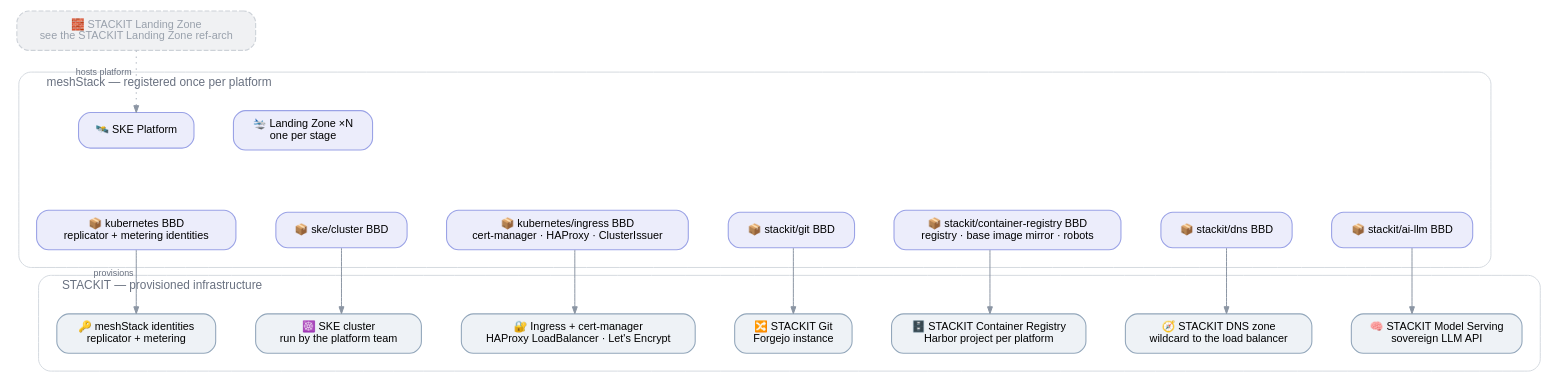
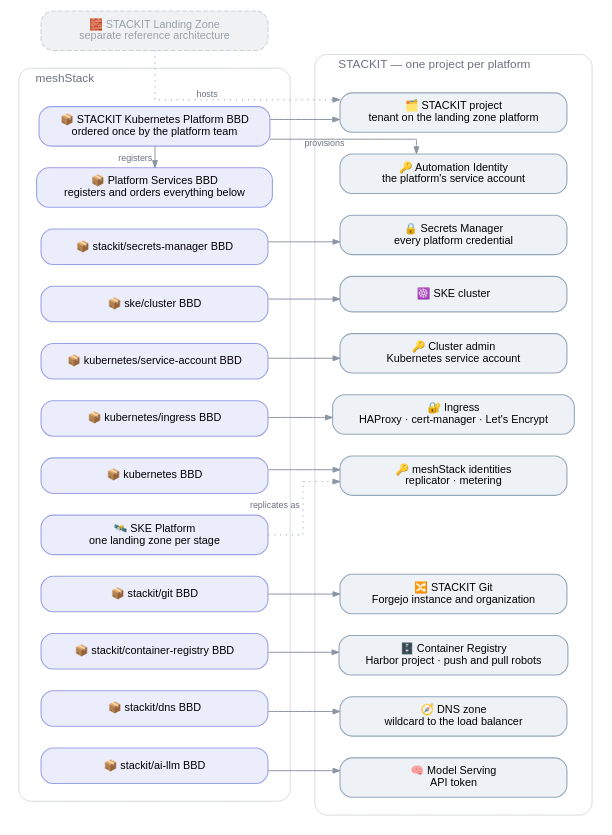
One commit to meshcloud/meshstack-hub changed the diagram in reference-architectures/stackit-kubernetes/stackit-kubernetes.dot. Above: the diagram before and after it, drawn with Graphviz. The commit also changed 41 other files, not shown here.

```diff
--- a/reference-architectures/stackit-kubernetes/stackit-kubernetes.dot
+++ b/reference-architectures/stackit-kubernetes/stackit-kubernetes.dot
@@ -1,76 +1,86 @@
 /*
- * STACKIT Kubernetes (SKE) reference architecture — platform-team view.
- * The one-time bootstrap: what a platform engineer orders once, and the STACKIT infrastructure it
- * provisions. The per-application-team view is stackit-kubernetes-app-team.dot; the internal
- * building-block/federation wiring is stackit-kubernetes-building-blocks.dot.
+ * STACKIT Kubernetes (SKE) reference architecture — platform-team view: the definitions the platform
+ * registers and what each provisions. The per-application-team view is
+ * stackit-kubernetes-app-team.dot; the building block tree is stackit-kubernetes-building-blocks.dot.
+ * rankdir=LR stacks each column top-down, so the diagram stays narrow.
  * Conventions: .agents/references/diagrams.md — render with: task diagrams
  */
 digraph stackit_kubernetes_platform {
-  rankdir=TB
+  rankdir=LR
   splines=ortho
   forcelabels=true
   bgcolor="white"
-  nodesep=0.55
+  nodesep=0.3
   ranksep=0.85
 
   node [shape=box style="rounded,filled" fontname="Helvetica" fontsize=11
-        fillcolor="#ffffff" color="#a2abb8" penwidth=1.1 margin="0.20,0.11"]
+        fillcolor="#ffffff" color="#a2abb8" penwidth=1.1 margin="0.20,0.11" width=3.2]
   edge [fontname="Helvetica" fontsize=9 fontcolor="#697180" color="#8b95a3" arrowsize=0.7]
 
-  // What it builds on — a whole reference architecture of its own, shown only for context.
-  LZBB [label="🧱 STACKIT Landing Zone\nsee the STACKIT Landing Zone ref-arch"
+  LZBB [label="🧱 STACKIT Landing Zone\nseparate reference architecture"
         style="rounded,filled,dashed" fillcolor="#f0f1f3" color="#cdd2d8" fontcolor="#99a1ac"]
 
   subgraph cluster_mesh {
-    label="  meshStack — registered once per platform"
+    label="  meshStack"
     labeljust=l
     fontname="Helvetica" fontsize=12 fontcolor="#697180"
     style="rounded" color="#d5dae0"
     margin=18
 
-    PLAT  [label="🛰️ SKE Platform" fillcolor="#ecedfb" color="#9aa2e6"]
-    LZ    [label="🛬 Landing Zone ×N\none per stage" fillcolor="#ecedfb" color="#9aa2e6"]
+    OUTER  [label="📦 STACKIT Kubernetes Platform BBD\nordered once by the platform team" fillcolor="#ecedfb" color="#9aa2e6"]
+    SVC    [label="📦 Platform Services BBD\nregisters and orders everything below" fillcolor="#ecedfb" color="#9aa2e6"]
+    BBD_S  [label="📦 stackit/secrets-manager BBD" fillcolor="#ecedfb" color="#9aa2e6"]
+    BBD_K  [label="📦 ske/cluster BBD" fillcolor="#ecedfb" color="#9aa2e6"]
+    BBD_SA [label="📦 kubernetes/service-account BBD" fillcolor="#ecedfb" color="#9aa2e6"]
+    BBD_I  [label="📦 kubernetes/ingress BBD" fillcolor="#ecedfb" color="#9aa2e6"]
+    BBD_A  [label="📦 kubernetes BBD" fillcolor="#ecedfb" color="#9aa2e6"]
+    PLAT   [label="🛰️ SKE Platform\none landing zone per stage" fillcolor="#ecedfb" color="#9aa2e6"]
+    BBD_G  [label="📦 stackit/git BBD" fillcolor="#ecedfb" color="#9aa2e6"]
+    BBD_H  [label="📦 stackit/container-registry BBD" fillcolor="#ecedfb" color="#9aa2e6"]
+    BBD_D  [label="📦 stackit/dns BBD" fillcolor="#ecedfb" color="#9aa2e6"]
+    BBD_M  [label="📦 stackit/ai-llm BBD" fillcolor="#ecedfb" color="#9aa2e6"]
 
-    BBD_A [label="📦 kubernetes BBD\nreplicator + metering identities" fillcolor="#ecedfb" color="#9aa2e6"]
-    BBD_K [label="📦 ske/cluster BBD" fillcolor="#ecedfb" color="#9aa2e6"]
-    BBD_I [label="📦 kubernetes/ingress BBD\ncert-manager · HAProxy · ClusterIssuer" fillcolor="#ecedfb" color="#9aa2e6"]
-    BBD_G [label="📦 stackit/git BBD" fillcolor="#ecedfb" color="#9aa2e6"]
-    BBD_H [label="📦 stackit/container-registry BBD\nregistry · base image mirror · robots" fillcolor="#ecedfb" color="#9aa2e6"]
-    BBD_D [label="📦 stackit/dns BBD" fillcolor="#ecedfb" color="#9aa2e6"]
-    BBD_M [label="📦 stackit/ai-llm BBD" fillcolor="#ecedfb" color="#9aa2e6"]
-
-    { rank=same; PLAT -> LZ [style=invis] }
-    { rank=same; BBD_A -> BBD_K -> BBD_I -> BBD_G -> BBD_H -> BBD_D -> BBD_M [style=invis] }
-
-    PLAT -> BBD_A [style=invis]
+    // Under rankdir=LR a same-rank chain stacks upwards, so it runs bottom to top.
+    { rank=same; BBD_M -> BBD_D -> BBD_H -> BBD_G -> PLAT -> BBD_A -> BBD_I -> BBD_SA -> BBD_K -> BBD_S -> SVC [style=invis] }
+    { rank=same; SVC -> OUTER [dir=back xlabel="registers"] }
   }
 
   subgraph cluster_stackit {
-    label="  STACKIT — provisioned infrastructure"
+    label="  STACKIT — one project per platform"
     labeljust=l
     fontname="Helvetica" fontsize=12 fontcolor="#697180"
     style="rounded" color="#d5dae0"
     margin=18
 
-    AGENT  [label="🔑 meshStack identities\nreplicator + metering" fillcolor="#eef2f6" color="#93a7bb"]
-    SKE    [label="☸️ SKE cluster\nrun by the platform team" fillcolor="#eef2f6" color="#93a7bb"]
-    ING    [label="🔐 Ingress + cert-manager\nHAProxy LoadBalancer · Let's Encrypt" fillcolor="#eef2f6" color="#93a7bb"]
-    GIT    [label="🔀 STACKIT Git\nForgejo instance" fillcolor="#eef2f6" color="#93a7bb"]
-    HARBOR [label="🗄️ STACKIT Container Registry\nHarbor project per platform" fillcolor="#eef2f6" color="#93a7bb"]
-    DNS    [label="🧭 STACKIT DNS zone\nwildcard to the load balancer" fillcolor="#eef2f6" color="#93a7bb"]
-    MODEL  [label="🧠 STACKIT Model Serving\nsovereign LLM API" fillcolor="#eef2f6" color="#93a7bb"]
+    PROJ   [label="🗂️ STACKIT project\ntenant on the landing zone platform" fillcolor="#eef2f6" color="#93a7bb"]
+    SA     [label="🔑 Automation Identity\nthe platform's service account" fillcolor="#eef2f6" color="#93a7bb"]
+    SM     [label="🔒 Secrets Manager\nevery platform credential" fillcolor="#eef2f6" color="#93a7bb"]
+    SKE    [label="☸️ SKE cluster" fillcolor="#eef2f6" color="#93a7bb"]
+    KSA    [label="🔑 Cluster admin\nKubernetes service account" fillcolor="#eef2f6" color="#93a7bb"]
+    ING    [label="🔐 Ingress\nHAProxy · cert-manager · Let's Encrypt" fillcolor="#eef2f6" color="#93a7bb"]
+    AGENT  [label="🔑 meshStack identities\nreplicator · metering" fillcolor="#eef2f6" color="#93a7bb"]
+    GIT    [label="🔀 STACKIT Git\nForgejo instance and organization" fillcolor="#eef2f6" color="#93a7bb"]
+    HARBOR [label="🗄️ Container Registry\nHarbor project · push and pull robots" fillcolor="#eef2f6" color="#93a7bb"]
+    DNS    [label="🧭 DNS zone\nwildcard to the load balancer" fillcolor="#eef2f6" color="#93a7bb"]
+    MODEL  [label="🧠 Model Serving\nAPI token" fillcolor="#eef2f6" color="#93a7bb"]
 
-    { rank=same; AGENT -> SKE -> ING -> GIT -> HARBOR -> DNS -> MODEL [style=invis] }
+    // Keeps each resource level with its definition opposite the SKE Platform row.
+    PAD [style=invis label=""]
+
+    { rank=same; MODEL -> DNS -> HARBOR -> GIT -> PAD -> AGENT -> ING -> KSA -> SKE -> SM -> SA -> PROJ [style=invis] }
   }
 
-  LZBB -> PLAT [xlabel="hosts platform" style=dotted]
-
-  // Each definition sits directly above the resource it provisions, so these read as short columns.
-  BBD_A -> AGENT  [xlabel="provisions"]
+  LZBB  -> PROJ   [xlabel="hosts" style=dotted]
+  OUTER -> PROJ
+  OUTER -> SA     [xlabel="provisions"]
+  BBD_S -> SM
   BBD_K -> SKE
+  BBD_SA -> KSA
   BBD_I -> ING
+  BBD_A -> AGENT
+  PLAT  -> AGENT  [xlabel="replicates as" style=dotted]
   BBD_G -> GIT
   BBD_H -> HARBOR
   BBD_D -> DNS
   BBD_M -> MODEL
 }
```
